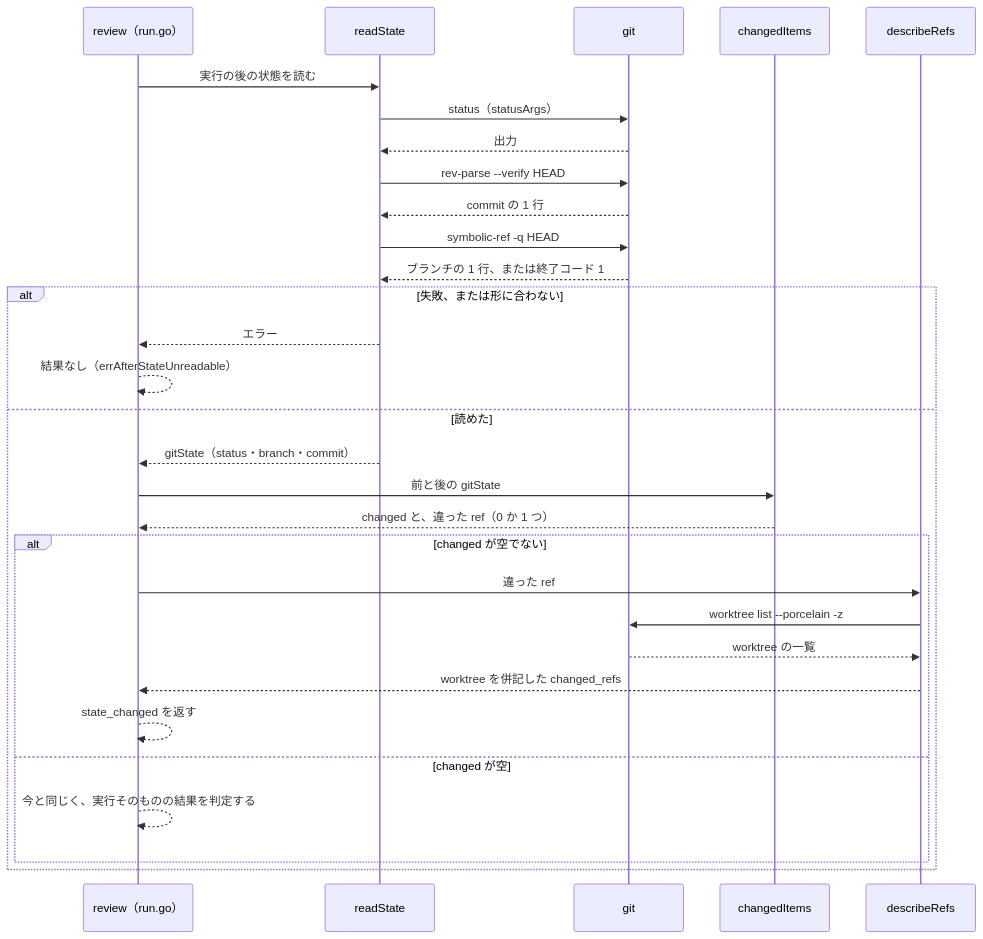
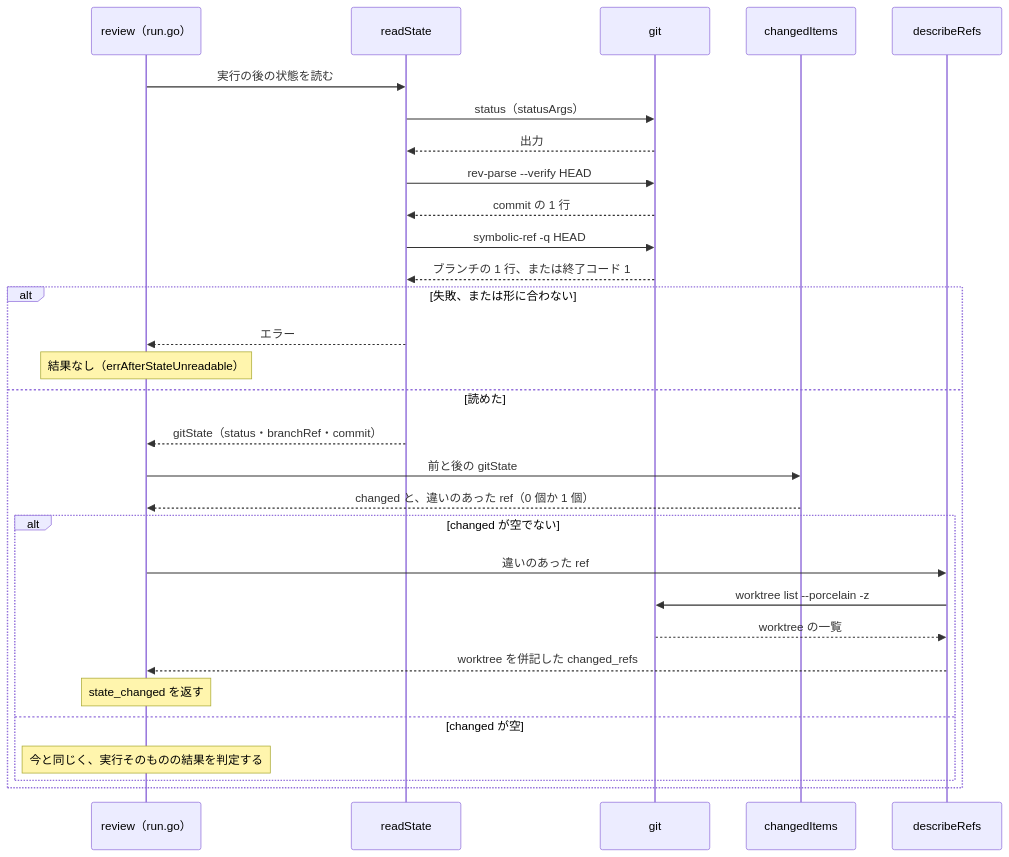
Before and after one commit to isseis/yt2column: the fourth of 4 diagrams in docs/tasks/0079_codexreview_state_scope/02_architecture.md, drawn with Mermaid. The commit also changed other lines of this file, not shown here.

First line of the commit message:
docs(0079): address design review and prose findings in the architecture

````diff
--- a/docs/tasks/0079_codexreview_state_scope/02_architecture.md
+++ b/docs/tasks/0079_codexreview_state_scope/02_architecture.md
@@ -330,33 +350,33 @@
 ```mermaid
 sequenceDiagram
     participant R as review（run.go）
     participant S as readState
     participant G as git
     participant C as changedItems
     participant D as describeRefs
 
     R->>S: 実行の後の状態を読む
     S->>G: status（statusArgs）
     G-->>S: 出力
     S->>G: rev-parse --verify HEAD
     G-->>S: commit の 1 行
     S->>G: symbolic-ref -q HEAD
     G-->>S: ブランチの 1 行、または終了コード 1
     alt 失敗、または形に合わない
         S-->>R: エラー
-        R-->>R: 結果なし（errAfterStateUnreadable）
+        Note over R: 結果なし（errAfterStateUnreadable）
     else 読めた
-        S-->>R: gitState（status・branch・commit）
+        S-->>R: gitState（status・branchRef・commit）
         R->>C: 前と後の gitState
-        C-->>R: changed と、違った ref（0 か 1 つ）
+        C-->>R: changed と、違いのあった ref（0 個か 1 個）
         alt changed が空でない
-            R->>D: 違った ref
+            R->>D: 違いのあった ref
             D->>G: worktree list --porcelain -z
             G-->>D: worktree の一覧
             D-->>R: worktree を併記した changed_refs
-            R-->>R: state_changed を返す
+            Note over R: state_changed を返す
         else changed が空
-            R-->>R: 今と同じく、実行そのものの結果を判定する
+            Note over R: 今と同じく、実行そのものの結果を判定する
         end
     end
 ```
````
